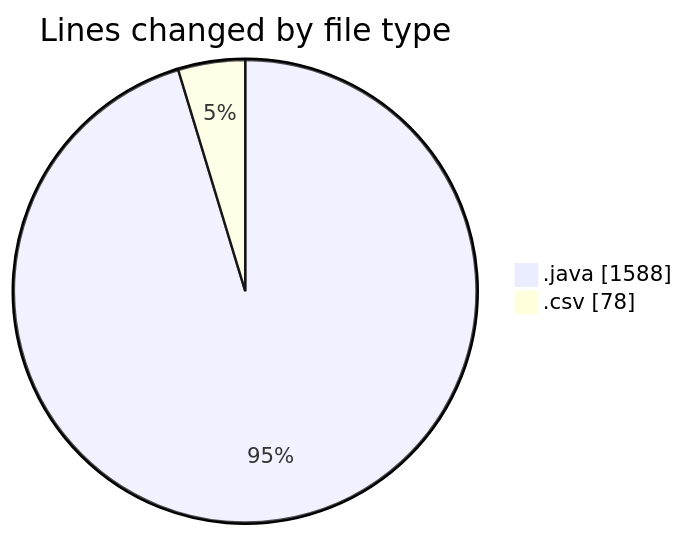
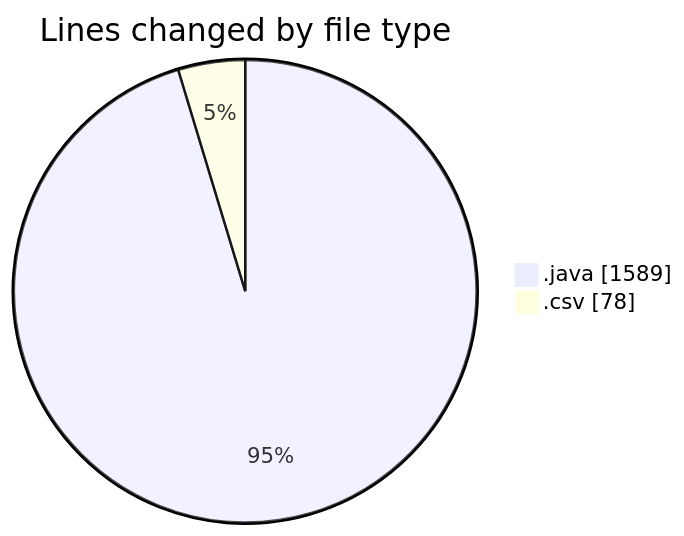
Before and after one commit to ricardozamudiocil/code-tracking: the first of 2 diagrams in 2026-04-13/cilapp/README.md, drawn with Mermaid. The commit also changed other lines of this file and 1 other file, not shown here.

````diff
--- a/2026-04-13/cilapp/README.md
+++ b/2026-04-13/cilapp/README.md
@@ -27,6 +27,6 @@
 ```mermaid
 pie showData
 title Lines changed by file type
-".java" : 1588
+".java" : 1589
 ".csv" : 78
 ```
````
